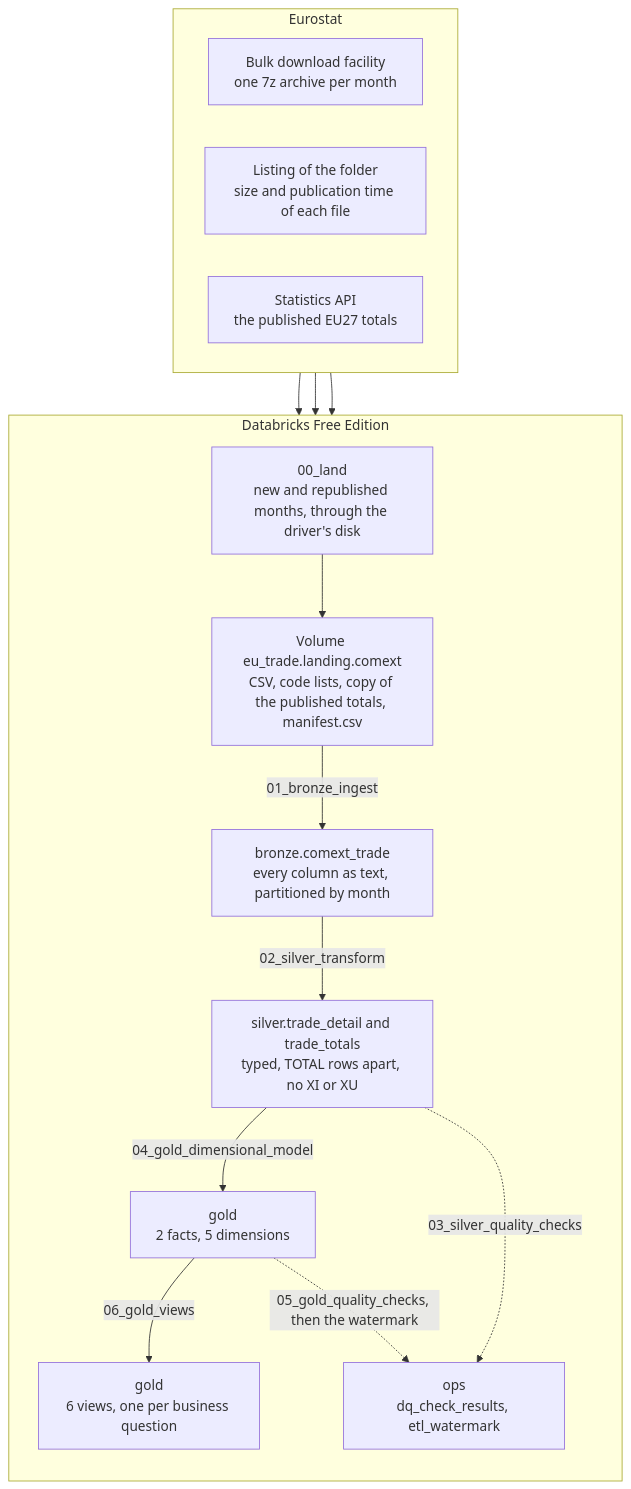
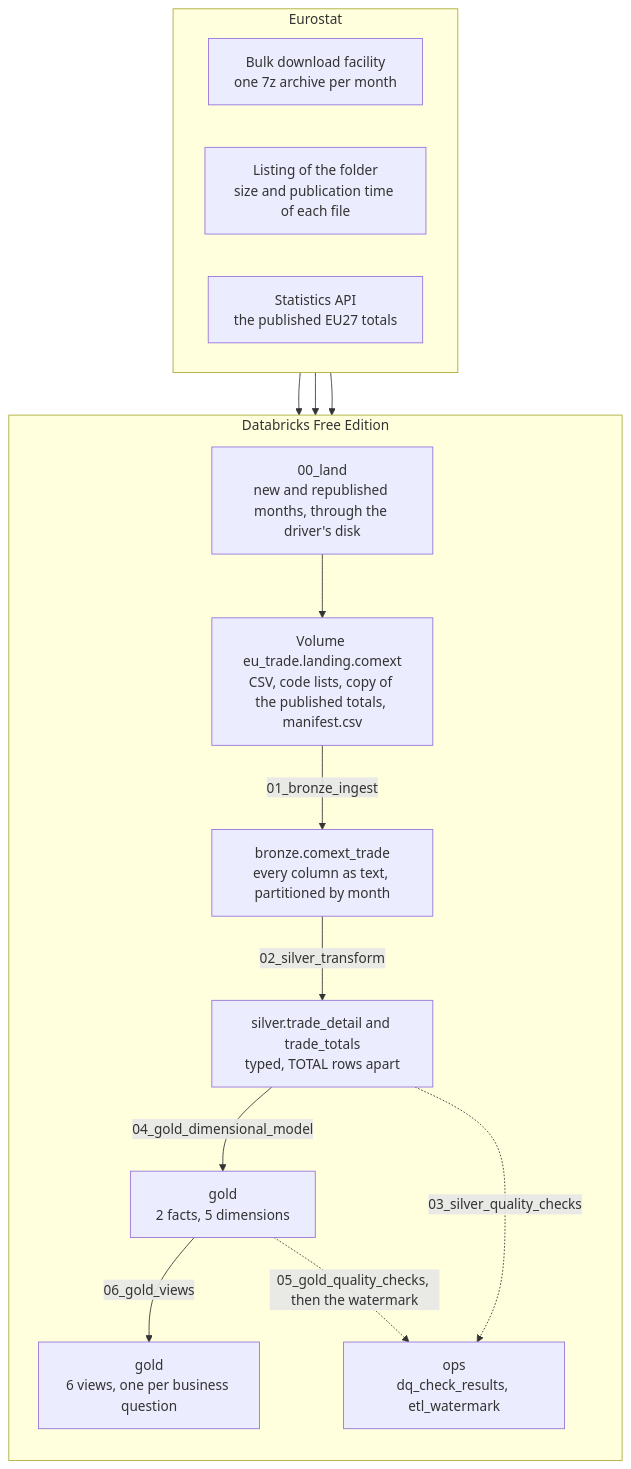
The first of 2 diagrams in README.md (rdiguglielmo/eu-trade-lakehouse), drawn with Mermaid before and after one commit. The commit also changed other lines of this file and 10 other files, not shown here.

````diff
--- a/README.md
+++ b/README.md
@@ -68,31 +68,31 @@
 ```mermaid
 flowchart TB
     subgraph eurostat[Eurostat]
         direction LR
         BULK["Bulk download facility<br/>one 7z archive per month"]
         LIST["Listing of the folder<br/>size and publication time of each file"]
         STAT["Statistics API<br/>the published EU27 totals"]
     end
 
     subgraph dbx["Databricks Free Edition"]
         direction TB
         LAND["00_land<br/>new and republished months, through the driver's disk"]
         VOL["Volume eu_trade.landing.comext<br/>CSV, code lists, copy of the published totals, manifest.csv"]
         BR["bronze.comext_trade<br/>every column as text, partitioned by month"]
-        SI["silver.trade_detail and trade_totals<br/>typed, TOTAL rows apart, no XI or XU"]
+        SI["silver.trade_detail and trade_totals<br/>typed, TOTAL rows apart"]
         GO["gold<br/>2 facts, 5 dimensions"]
         VW["gold<br/>6 views, one per business question"]
         OPS["ops<br/>dq_check_results, etl_watermark"]
     end
 
     BULK --> LAND
     LIST --> LAND
     STAT --> LAND
     LAND --> VOL
     VOL -->|01_bronze_ingest| BR
     BR -->|02_silver_transform| SI
     SI -->|04_gold_dimensional_model| GO
     GO -->|06_gold_views| VW
     SI -.->|03_silver_quality_checks| OPS
     GO -.->|05_gold_quality_checks, then the watermark| OPS
 ```
````
